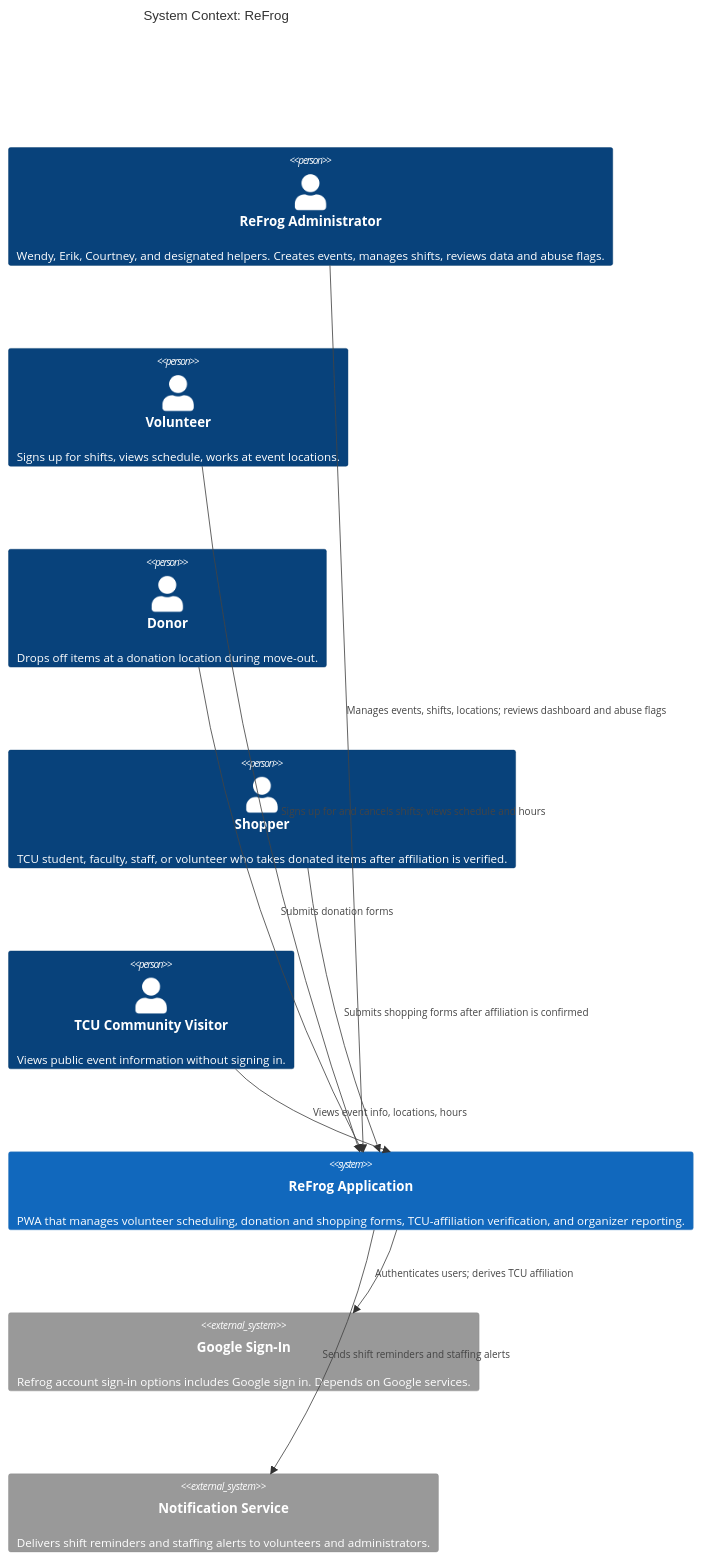
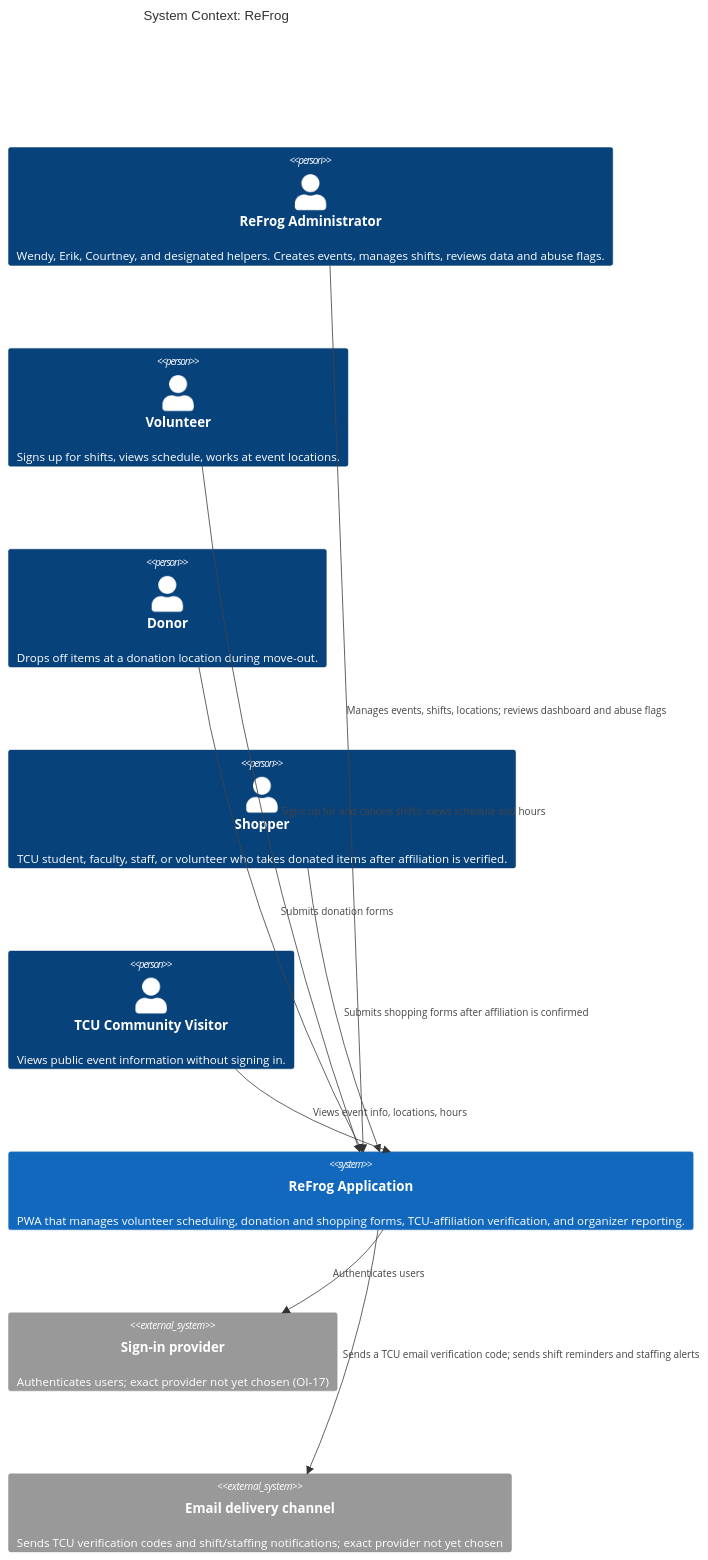
The first of 3 diagrams in docs/design/architectural-design.md (evelyntrann/cosc-40943-team-3-refrog), drawn with Mermaid before and after one commit. The commit also changed other lines of this file, not shown here.

Commit message:
Fix §3 context diagram: stale affiliation mechanism and naming
§3 asserted TCU affiliation is derived from a Google Sign-In email
domain, and named the sign-in provider as Google specifically. Both
contradicted the client meeting resolution already reflected in
§5.1/§5.2: affiliation is verified by a one-time code sent to a TCU
email (OI-10, resolved), independent of the sign-in provider, which
remains unchosen (OI-17). The document was self-contradicting --
§5.1's own correction note sat two sections below §3 still making
the claim it corrected.

Also: renamed the two external systems to match §5.1/§5.2 exactly
("Sign-in provider", "Email delivery channel") so the context
diagram and the component table use the same names for the same
systems, and replaced a citation of FR-ALERT-understaffed-shift
(removed, superseded by UC-ADM-notify-volunteers) with the correct
reference.

````diff
--- a/docs/design/architectural-design.md
+++ b/docs/design/architectural-design.md
@@ -106,23 +106,23 @@
 ```mermaid
 C4Context
     title System Context: ReFrog
 
     Person(admin, "ReFrog Administrator", "Wendy, Erik, Courtney, and designated helpers. Creates events, manages shifts, reviews data and abuse flags.")
     Person(volunteer, "Volunteer", "Signs up for shifts, views schedule, works at event locations.")
     Person(donor, "Donor", "Drops off items at a donation location during move-out.")
     Person(shopper, "Shopper", "TCU student, faculty, staff, or volunteer who takes donated items after affiliation is verified.")
     Person(visitor, "TCU Community Visitor", "Views public event information without signing in.")
 
     System(refrog, "ReFrog Application", "PWA that manages volunteer scheduling, donation and shopping forms, TCU-affiliation verification, and organizer reporting.")
 
-    System_Ext(authprovider, "Google Sign-In", "Refrog account sign-in options includes Google sign in. Depends on Google services.")
-    System_Ext(notification, "Notification Service", "Delivers shift reminders and staffing alerts to volunteers and administrators.")
+    System_Ext(authprovider, "Sign-in provider", "Authenticates users; exact provider not yet chosen (OI-17)")
+    System_Ext(notification, "Email delivery channel", "Sends TCU verification codes and shift/staffing notifications; exact provider not yet chosen")
 
     Rel(admin, refrog, "Manages events, shifts, locations; reviews dashboard and abuse flags")
     Rel(volunteer, refrog, "Signs up for and cancels shifts; views schedule and hours")
     Rel(donor, refrog, "Submits donation forms")
     Rel(shopper, refrog, "Submits shopping forms after affiliation is confirmed")
     Rel(visitor, refrog, "Views event info, locations, hours")
-    Rel(refrog, authprovider, "Authenticates users; derives TCU affiliation")
-    Rel(refrog, notification, "Sends shift reminders and staffing alerts")
+    Rel(refrog, authprovider, "Authenticates users")
+    Rel(refrog, notification, "Sends a TCU email verification code; sends shift reminders and staffing alerts")
 ```
````
